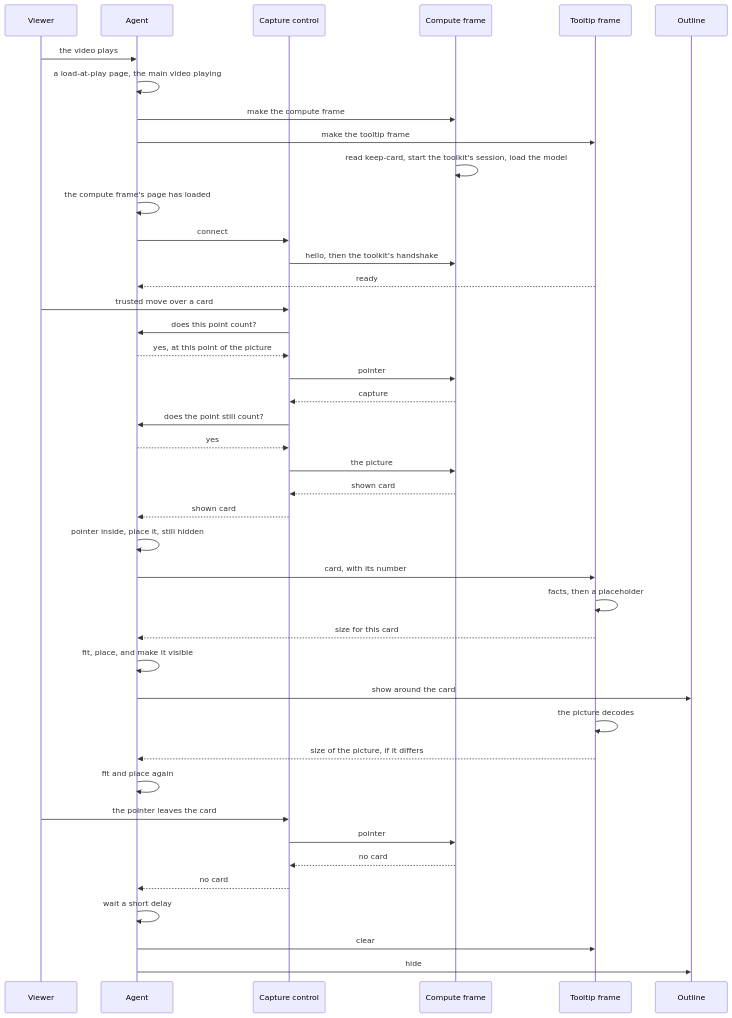
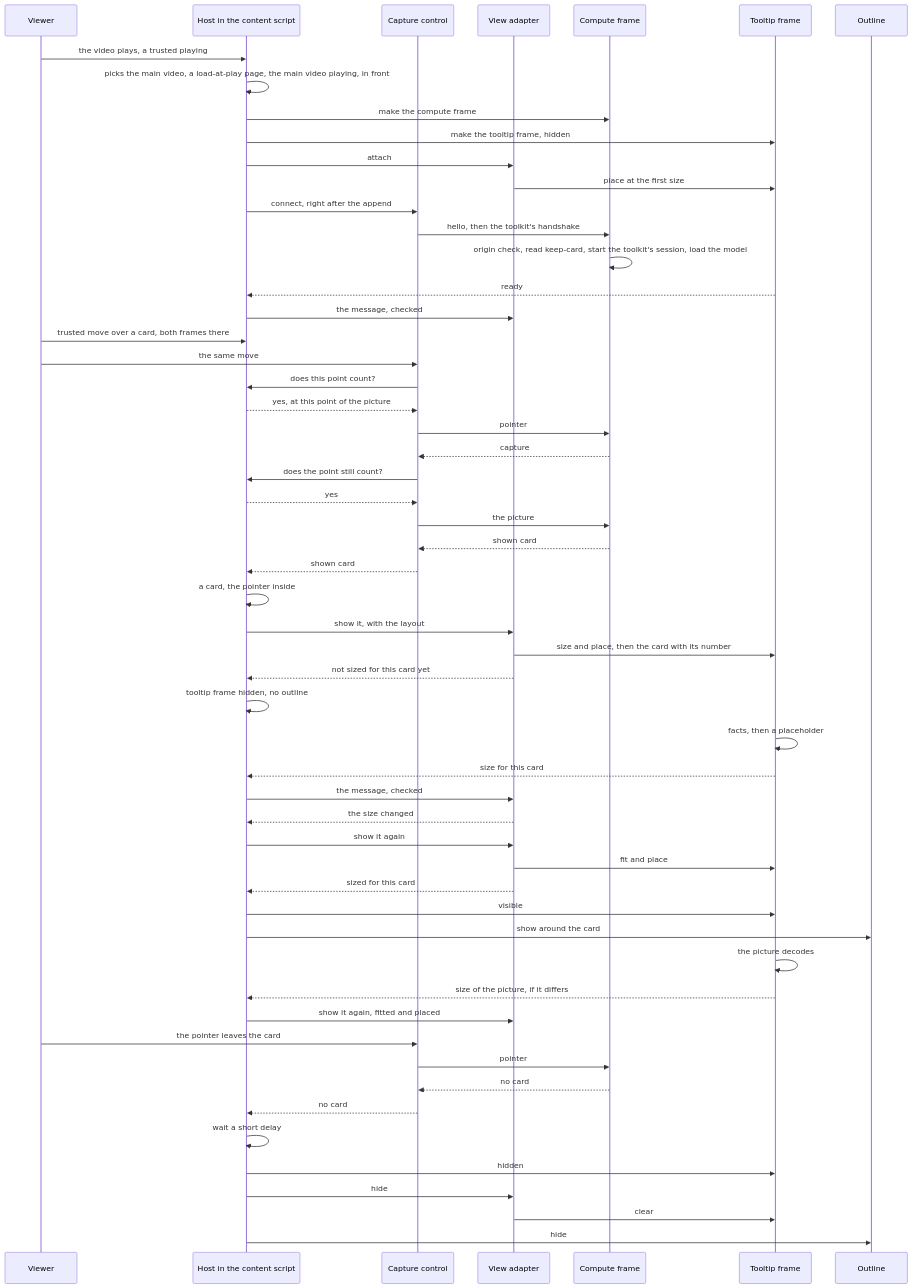
Diagram 13 of 14 in docs/hover-map.md (ryangswe/duelsight), drawn with Mermaid before and after one commit. The commit also changed other lines of this file and 82 other files, not shown here.

First line of the commit message:
Card hovers on the cardvision toolkit's shared hover host (#51)

````diff
--- a/docs/hover-map.md
+++ b/docs/hover-map.md
@@ -578,45 +634,59 @@
 ```mermaid
 sequenceDiagram
   participant V as Viewer
-  participant AG as Agent
+  participant H as Host in the content script
   participant CC as Capture control
+  participant VA as View adapter
   participant CF as Compute frame
   participant TF as Tooltip frame
   participant OL as Outline
 
-  V->>AG: the video plays
-  AG->>AG: a load-at-play page, the main video playing
-  AG->>CF: make the compute frame
-  AG->>TF: make the tooltip frame
-  CF->>CF: read keep-card, start the toolkit's session, load the model
-  AG->>AG: the compute frame's page has loaded
-  AG->>CC: connect
+  V->>H: the video plays, a trusted playing
+  H->>H: picks the main video, a load-at-play page, the main video playing, in front
+  H->>CF: make the compute frame
+  H->>TF: make the tooltip frame, hidden
+  H->>VA: attach
+  VA->>TF: place at the first size
+  H->>CC: connect, right after the append
   CC->>CF: hello, then the toolkit's handshake
-  TF-->>AG: ready
-  V->>CC: trusted move over a card
-  CC->>AG: does this point count?
-  AG-->>CC: yes, at this point of the picture
+  CF->>CF: origin check, read keep-card, start the toolkit's session, load the model
+  TF-->>H: ready
+  H->>VA: the message, checked
+  V->>H: trusted move over a card, both frames there
+  V->>CC: the same move
+  CC->>H: does this point count?
+  H-->>CC: yes, at this point of the picture
   CC->>CF: pointer
   CF-->>CC: capture
-  CC->>AG: does the point still count?
-  AG-->>CC: yes
+  CC->>H: does the point still count?
+  H-->>CC: yes
   CC->>CF: the picture
   CF-->>CC: shown card
-  CC-->>AG: shown card
-  AG->>AG: pointer inside, place it, still hidden
-  AG->>TF: card, with its number
+  CC-->>H: shown card
+  H->>H: a card, the pointer inside
+  H->>VA: show it, with the layout
+  VA->>TF: size and place, then the card with its number
+  VA-->>H: not sized for this card yet
+  H->>H: tooltip frame hidden, no outline
   TF->>TF: facts, then a placeholder
-  TF-->>AG: size for this card
-  AG->>AG: fit, place, and make it visible
-  AG->>OL: show around the card
+  TF-->>H: size for this card
+  H->>VA: the message, checked
+  VA-->>H: the size changed
+  H->>VA: show it again
+  VA->>TF: fit and place
+  VA-->>H: sized for this card
+  H->>TF: visible
+  H->>OL: show around the card
   TF->>TF: the picture decodes
-  TF-->>AG: size of the picture, if it differs
-  AG->>AG: fit and place again
+  TF-->>H: size of the picture, if it differs
+  H->>VA: show it again, fitted and placed
   V->>CC: the pointer leaves the card
   CC->>CF: pointer
   CF-->>CC: no card
-  CC-->>AG: no card
-  AG->>AG: wait a short delay
-  AG->>TF: clear
-  AG->>OL: hide
+  CC-->>H: no card
+  H->>H: wait a short delay
+  H->>TF: hidden
+  H->>VA: hide
+  VA->>TF: clear
+  H->>OL: hide
 ```
````
